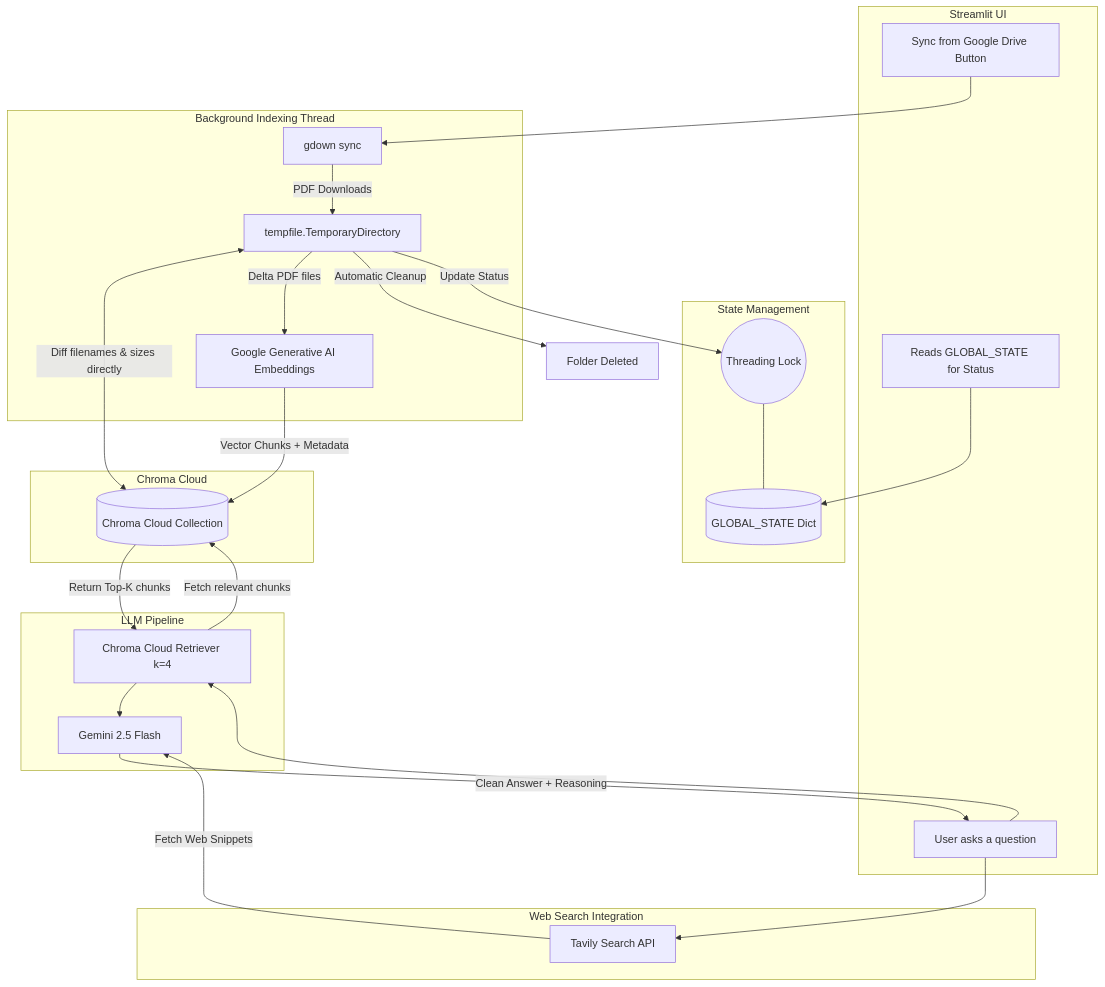
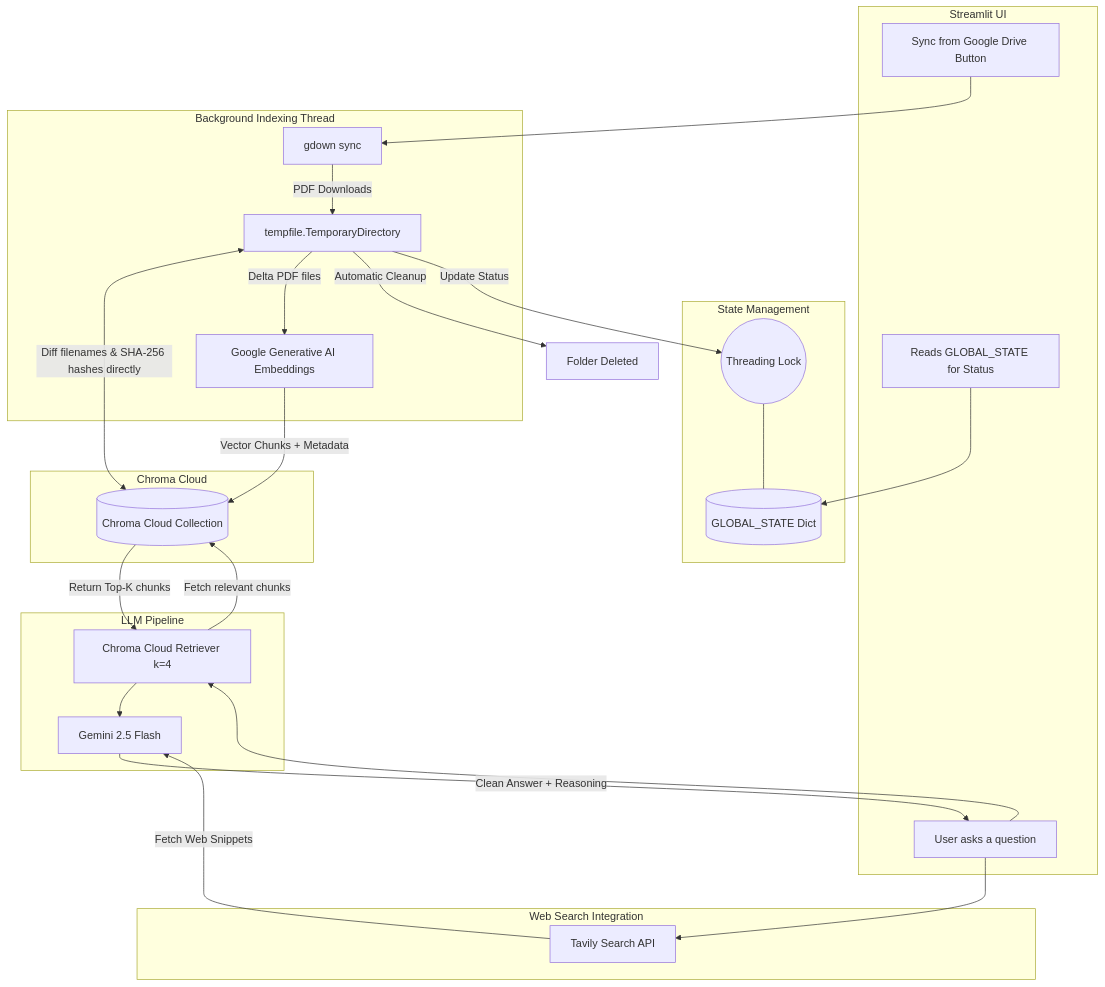
The diagram in README.md (Sandheep-S-95/DocuMind-RAG), drawn with Mermaid before and after one commit. The commit also changed other lines of this file, not shown here.

Commit message:
Update README.md with SHA-256 incremental indexing details

````diff
--- a/README.md
+++ b/README.md
@@ -11,52 +11,52 @@
 ```mermaid
 flowchart TD
     subgraph Frontend [Streamlit UI]
         UI_Sync[Sync from Google Drive Button]
         UI_Query[User asks a question]
         UI_Status[Reads GLOBAL_STATE for Status]
     end
 
     subgraph Threading [State Management]
         Lock((Threading Lock))
         State[(GLOBAL_STATE Dict)]
     end
 
     subgraph Background [Background Indexing Thread]
         GDrive[gdown sync]
         TempDir[tempfile.TemporaryDirectory]
         Embedder[Google Generative AI Embeddings]
     end
 
     subgraph Database [Chroma Cloud]
         Chroma[(Chroma Cloud Collection)]
     end
 
     subgraph WebSearch [Web Search Integration]
         Tavily[Tavily Search API]
     end
 
     subgraph Generation [LLM Pipeline]
         Retriever[Chroma Cloud Retriever k=4]
         LLM[Gemini 2.5 Flash]
     end
 
     %% Flow for Indexing
     UI_Sync --> GDrive
     GDrive -->|PDF Downloads| TempDir
-    TempDir <-->|Diff filenames & sizes directly| Chroma
+    TempDir <-->|Diff filenames & SHA-256 hashes directly| Chroma
     TempDir -->|Delta PDF files| Embedder
     Embedder -->|Vector Chunks + Metadata| Chroma
     TempDir -->|Automatic Cleanup| Clean[Folder Deleted]
     TempDir -->|Update Status| Lock
     Lock --- State
 
     %% Flow for Querying
     UI_Query --> Retriever
     Retriever -->|Fetch relevant chunks| Chroma
     Chroma -->|Return Top-K chunks| Retriever
     UI_Query --> Tavily
     Tavily -->|Fetch Web Snippets| LLM
     Retriever --> LLM
     LLM -->|Clean Answer + Reasoning| UI_Query
     UI_Status --> State
 ```
````
